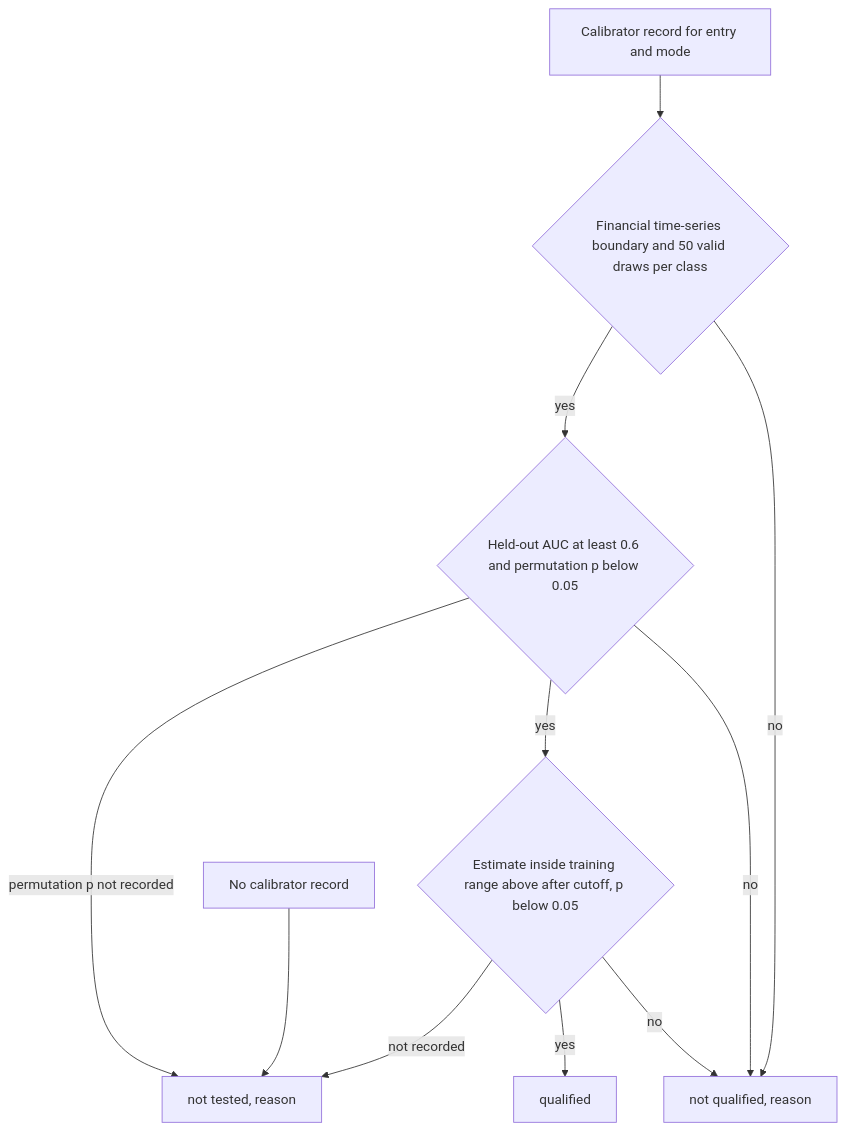
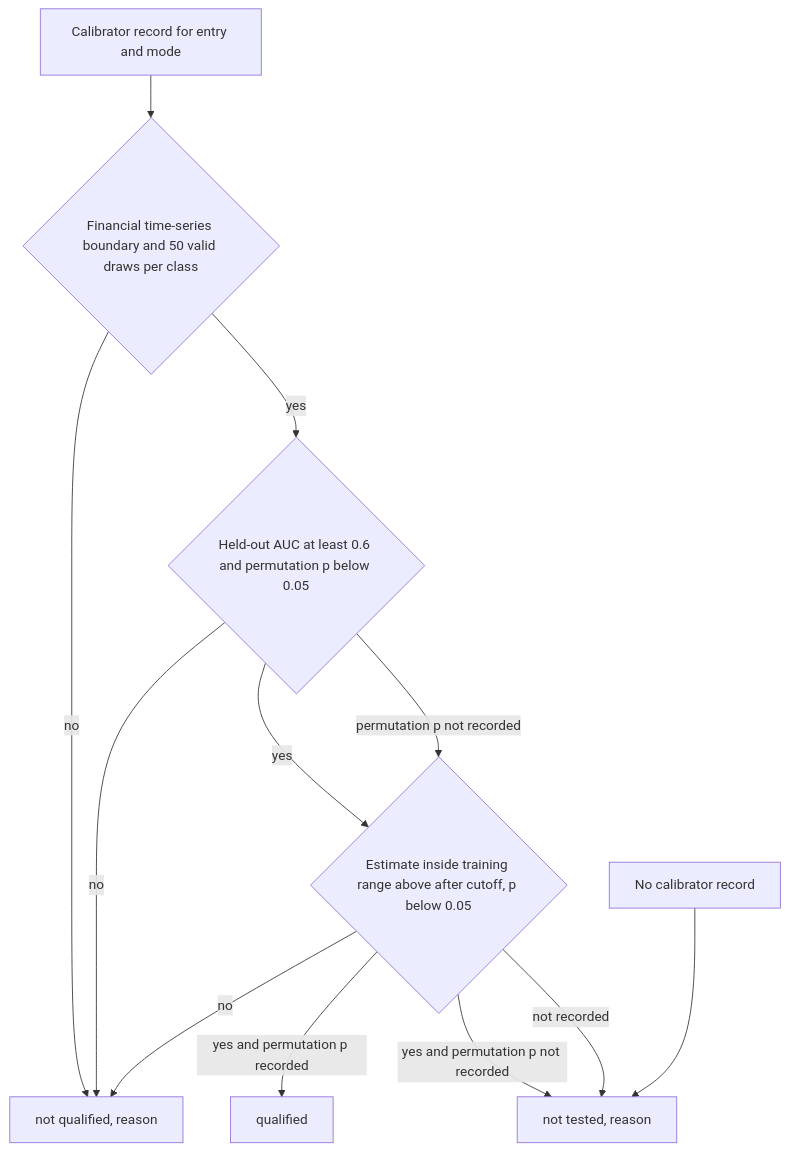
The third of 4 diagrams in .kiro/specs/qualified-model-catalogue/design.md (norandom/memguard_alpha), drawn with Mermaid before and after one commit.

Commit message:
docs(spec): qualified-model-catalogue: rule flowchart evaluates the cutoff check when the permutation p is missing

````diff
--- a/.kiro/specs/qualified-model-catalogue/design.md
+++ b/.kiro/specs/qualified-model-catalogue/design.md
@@ -243,13 +243,14 @@
 ```mermaid
 flowchart TB
     A[Calibrator record for entry and mode] --> B{Financial time-series boundary and 50 valid draws per class}
     B -- no --> N[not qualified, reason]
     B -- yes --> C{Held-out AUC at least 0.6 and permutation p below 0.05}
     C -- no --> N
     C -- yes --> D{Estimate inside training range above after cutoff, p below 0.05}
+    C -- permutation p not recorded --> D
     D -- no --> N
-    D -- yes --> Q[qualified]
-    C -- permutation p not recorded --> T[not tested, reason]
+    D -- yes and permutation p recorded --> Q[qualified]
+    D -- yes and permutation p not recorded --> T[not tested, reason]
     D -- not recorded --> T
     Z[No calibrator record] --> T
 ```
````
